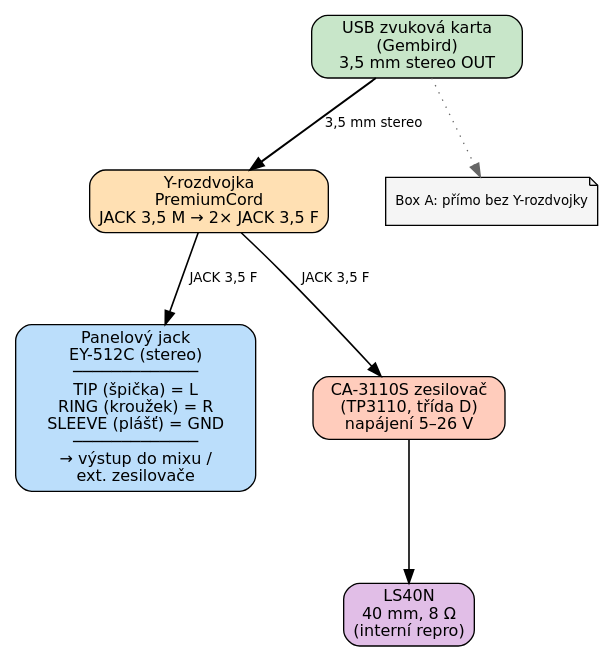
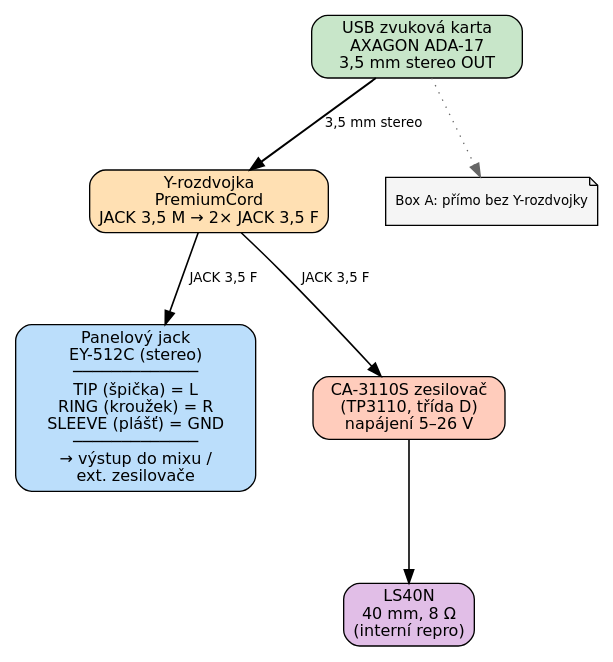
The diagram in docs/dot/sch_06b_box_b_audio.dot (K0F/1938_ABC), drawn with Graphviz before and after one commit. The commit also changed 22 other files, not shown here.

```diff
--- a/docs/dot/sch_06b_box_b_audio.dot
+++ b/docs/dot/sch_06b_box_b_audio.dot
@@ -1,28 +1,28 @@
 // SCH §3 — BOX B Audio chain
 digraph G {
     graph [fontname="DejaVu Sans" rankdir=TB bgcolor="white" nodesep=0.6 ranksep=0.8];
 node [fontname="DejaVu Sans" fontsize=12 style="filled"];
 edge [fontname="DejaVu Sans" fontsize=10];
 
 // Source
-zvuk [label="USB zvuková karta\n(Gembird)\n3,5 mm stereo OUT" shape=box style="filled,rounded" fillcolor="#c8e6c9" width=2.2];
+zvuk [label="USB zvuková karta\nAXAGON ADA-17\n3,5 mm stereo OUT" shape=box style="filled,rounded" fillcolor="#c8e6c9" width=2.2];
 
 // Y-splitter
 y [label="Y-rozdvojka\nPremiumCord\nJACK 3,5 M → 2× JACK 3,5 F" shape=box style="filled,rounded" fillcolor="#ffe0b3" width=2.2];
 
 // Outputs
 panel [label="Panelový jack\nEY-512C (stereo)\n─────────────\nTIP (špička) = L\nRING (kroužek) = R\nSLEEVE (plášť) = GND\n─────────────\n→ výstup do mixu /\next. zesilovače" shape=box style="filled,rounded" fillcolor="#bbdefb" width=2.5];
 
 amp [label="CA-3110S zesilovač\n(TP3110, třída D)\nnapájení 5–26 V" shape=box style="filled,rounded" fillcolor="#ffccbc" width=2];
 repro [label="LS40N\n40 mm, 8 Ω\n(interní repro)" shape=box style="filled,rounded" fillcolor="#e1bee7"];
 
 // Edges
 zvuk -> y [label="  3,5 mm stereo  " penwidth=1.5];
 y -> panel [label="  JACK 3,5 F  " penwidth=1.2];
 y -> amp [label="  JACK 3,5 F  " penwidth=1.2];
 amp -> repro [label="  " penwidth=1.2];
 
 // Notes
 note1 [label="Box A: přímo bez Y-rozdvojky" shape=note fillcolor="#f5f5f5" fontsize=10];
 zvuk -> note1 [style=dotted color="#666666"];
 }
```
